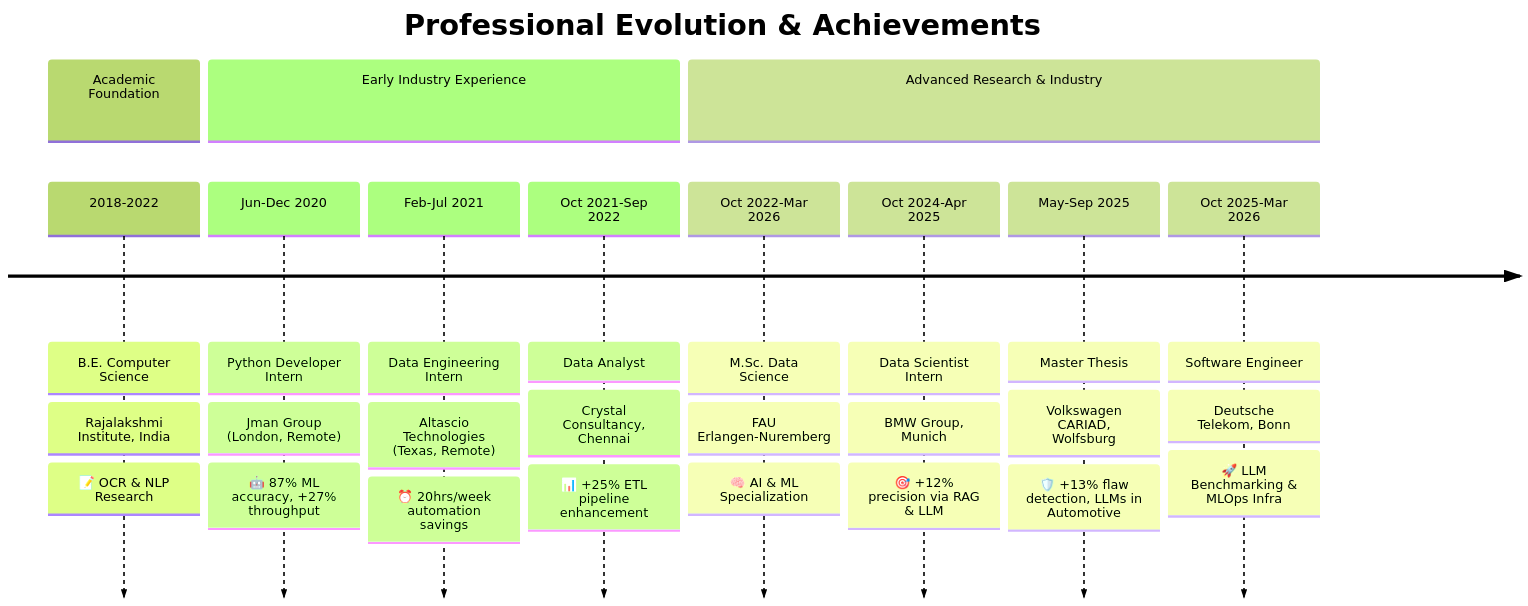
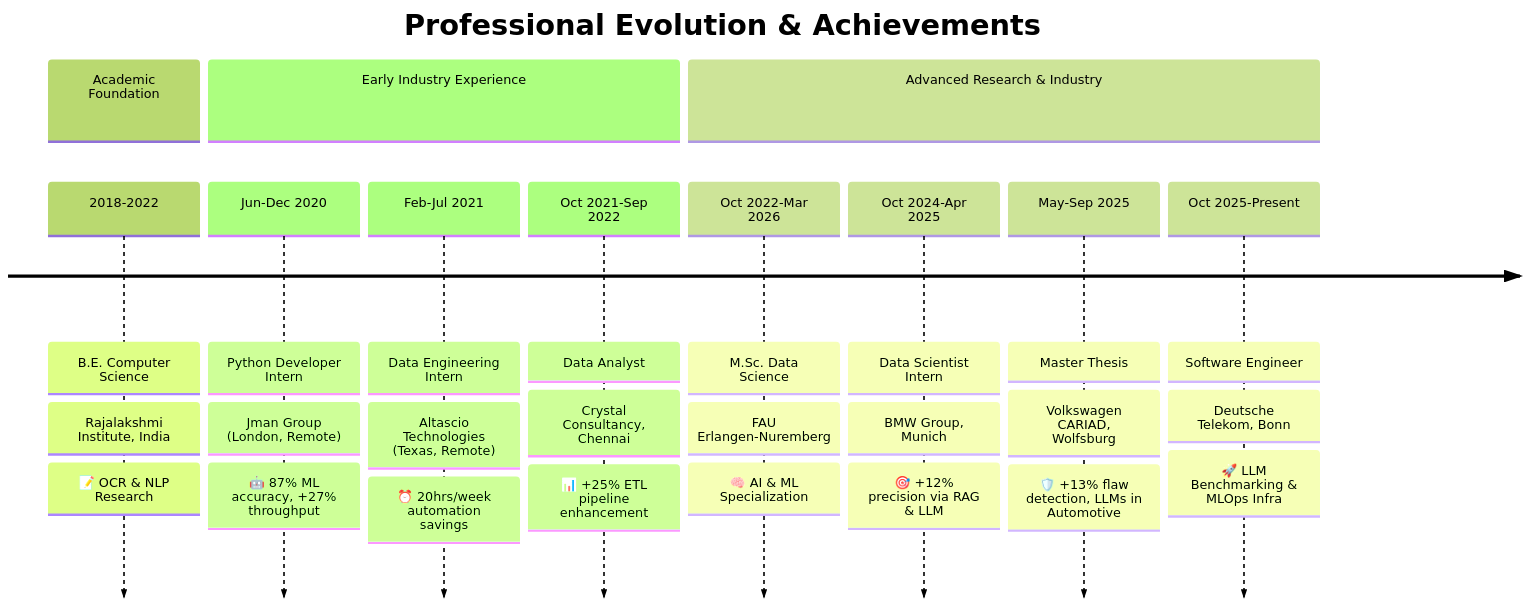
One commit to DARREN-2000/DARREN-2000 changed the fourth of 4 diagrams in README.md. Above: the diagram before and after it, drawn with Mermaid (forest theme). The commit also changed other lines of this file and 1 other file, not shown here.

````diff
--- a/README.md
+++ b/README.md
@@ -228,34 +228,34 @@
 ```mermaid
 timeline
     title Professional Evolution & Achievements
 
     section Academic Foundation
         2018-2022    : B.E. Computer Science
                      : Rajalakshmi Institute, India
                      : 📝 OCR & NLP Research
 
     section Early Industry Experience
         Jun-Dec 2020 : Python Developer Intern
                      : Jman Group (London, Remote)
                      : 🤖 87% ML accuracy, +27% throughput
         Feb-Jul 2021 : Data Engineering Intern
                      : Altascio Technologies (Texas, Remote)
                      : ⏰ 20hrs/week automation savings
         Oct 2021-Sep 2022 : Data Analyst
                            : Crystal Consultancy, Chennai
                            : 📊 +25% ETL pipeline enhancement
 
     section Advanced Research & Industry
         Oct 2022-Mar 2026 : M.Sc. Data Science
                           : FAU Erlangen-Nuremberg
                           : 🧠 AI & ML Specialization
         Oct 2024-Apr 2025 : Data Scientist Intern
                           : BMW Group, Munich
                           : 🎯 +12% precision via RAG & LLM
         May-Sep 2025      : Master Thesis
                           : Volkswagen CARIAD, Wolfsburg
                           : 🛡️ +13% flaw detection, LLMs in Automotive
-        Oct 2025-Mar 2026 : Software Engineer
+        Oct 2025-Present  : Software Engineer
                           : Deutsche Telekom, Bonn
                           : 🚀 LLM Benchmarking & MLOps Infra
 ```
````
